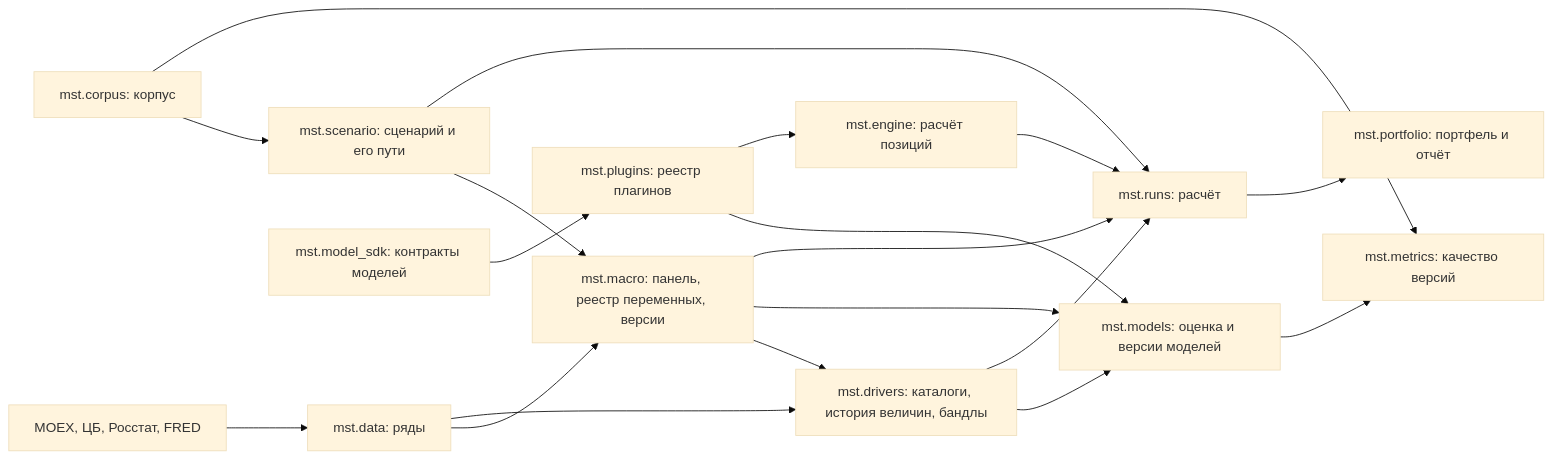
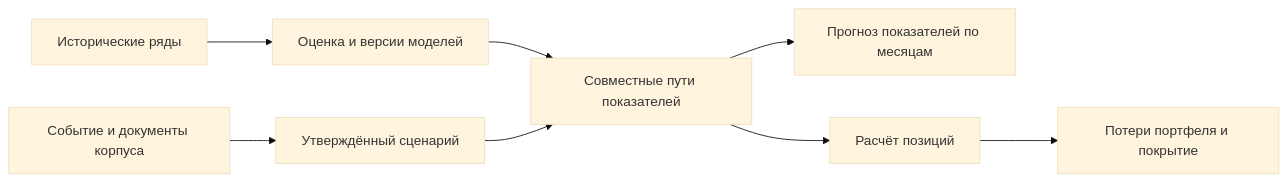
One commit to LeoLourson/MacroStress-DSH changed the diagram in docs/concept/architecture.md. Above: the diagram before and after it, drawn with Mermaid (base theme). The commit also changed other lines of this file and 73 other files, not shown here.

````diff
--- a/docs/concept/architecture.md
+++ b/docs/concept/architecture.md
@@ -7,21 +15,10 @@
 ```mermaid
 flowchart LR
-    src["MOEX, ЦБ, Росстат, FRED"] --> data["mst.data: ряды"]
-    data --> macro["mst.macro: панель, реестр переменных, версии"]
-    data --> drivers["mst.drivers: каталоги, история величин, бандлы"]
-    macro --> drivers
-    corpus["mst.corpus: корпус"] --> scenario["mst.scenario: сценарий и его пути"]
-    scenario --> macro
-    model_sdk["mst.model_sdk: контракты моделей"] --> plugins["mst.plugins: реестр плагинов"]
-    plugins --> models["mst.models: оценка и версии моделей"]
-    macro --> models
-    drivers --> models
-    models --> metrics["mst.metrics: качество версий"]
-    corpus --> metrics
-    plugins --> engine["mst.engine: расчёт позиций"]
-    scenario --> run["mst.runs: расчёт"]
-    drivers --> run
-    macro --> run
-    engine --> run
-    run --> portfolio["mst.portfolio: портфель и отчёт"]
+    data["Исторические ряды"] --> versions["Оценка и версии моделей"]
+    corpus["Событие и документы корпуса"] --> scenario["Утверждённый сценарий"]
+    versions --> paths["Совместные пути показателей"]
+    scenario --> paths
+    paths --> forecast["Прогноз показателей по месяцам"]
+    paths --> positions["Расчёт позиций"]
+    positions --> report["Потери портфеля и покрытие"]
 ```
````
